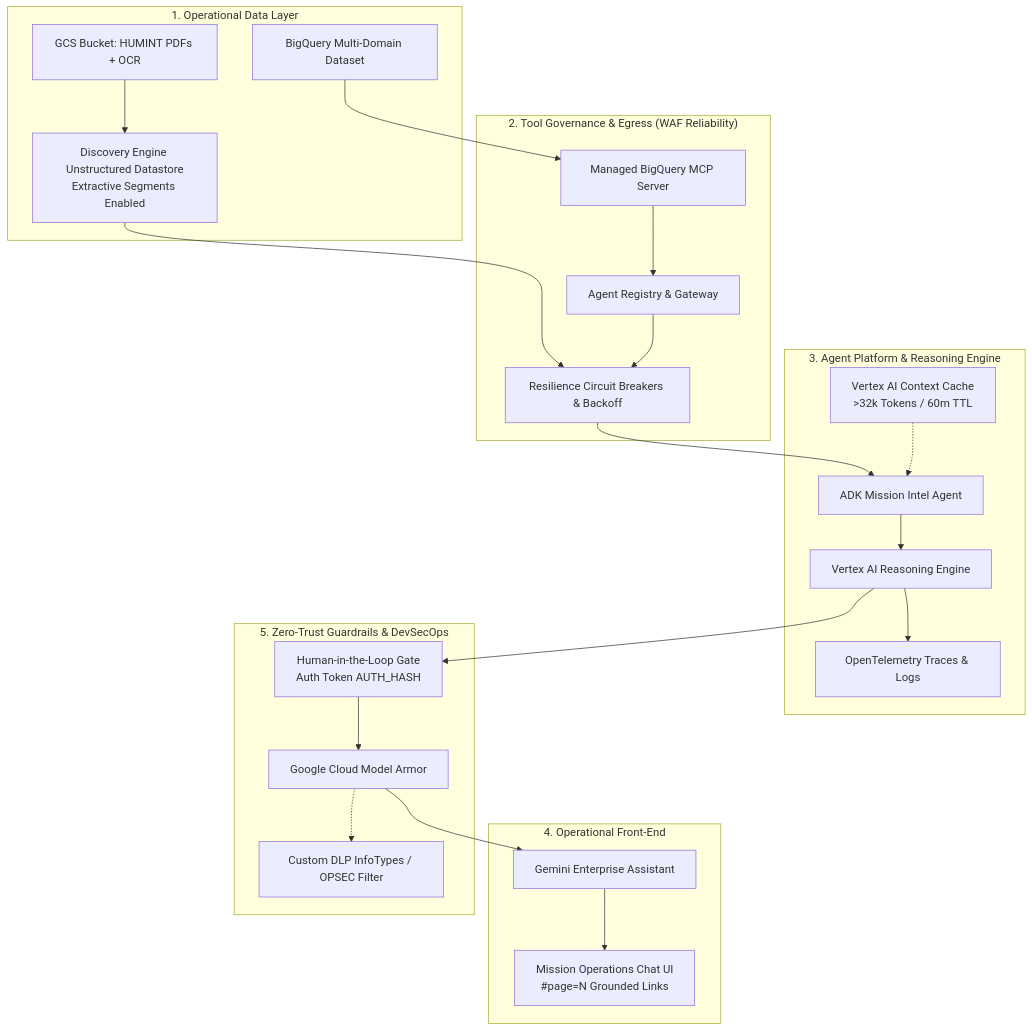
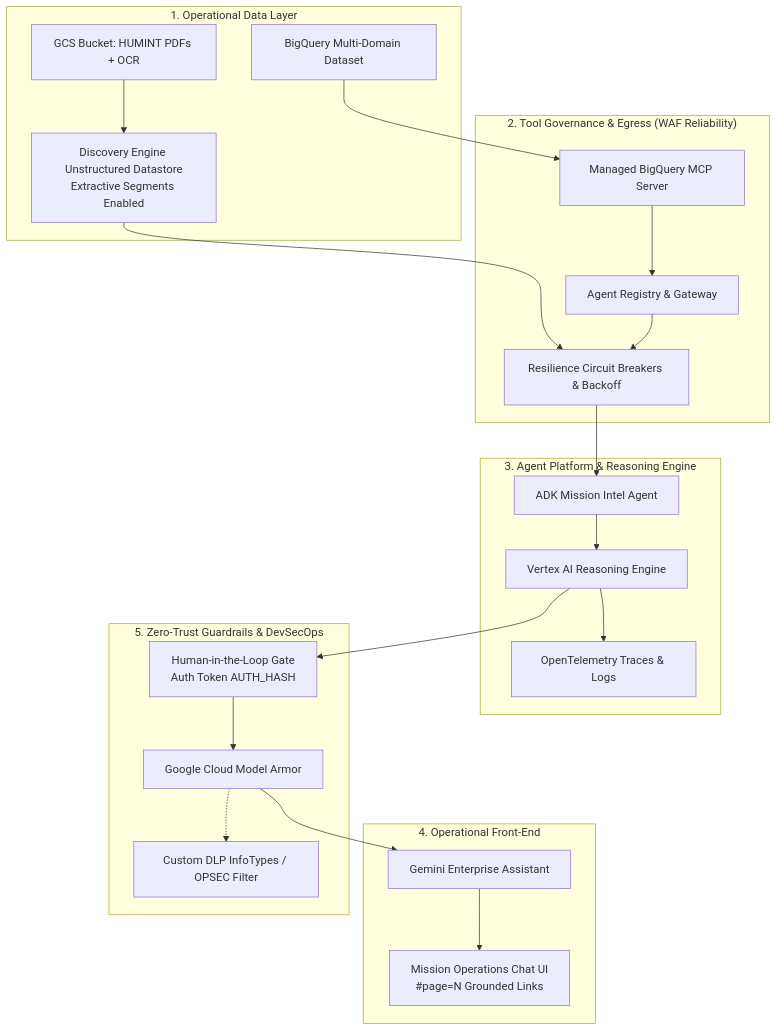
The diagram in README.md (edwardsda-prog/Intelligence-Agent), drawn with Mermaid before and after one commit. The commit also changed other lines of this file and 21 other files, not shown here.

````diff
--- a/README.md
+++ b/README.md
@@ -27,47 +27,45 @@
 ```mermaid
 flowchart TD
     subgraph Data["1. Operational Data Layer"]
         BQ[BigQuery Multi-Domain Dataset]
         DE[Discovery Engine Unstructured Datastore\nExtractive Segments Enabled]
         GCS[GCS Bucket: HUMINT PDFs + OCR]
     end
 
     subgraph Governance["2. Tool Governance & Egress (WAF Reliability)"]
         MCP[Managed BigQuery MCP Server]
         AR[Agent Registry & Gateway]
         CB[Resilience Circuit Breakers & Backoff]
     end
 
     subgraph Runtime["3. Agent Platform & Reasoning Engine"]
         ADK[ADK Mission Intel Agent]
         RE[Vertex AI Reasoning Engine]
-        CC[Vertex AI Context Cache\n>32k Tokens / 60m TTL]
         OTEL[OpenTelemetry Traces & Logs]
     end
 
     subgraph Interface["4. Operational Front-End"]
         GE[Gemini Enterprise Assistant]
         UI[Mission Operations Chat UI\n#page=N Grounded Links]
     end
 
     subgraph Security["5. Zero-Trust Guardrails & DevSecOps"]
         HITL[Human-in-the-Loop Gate\nAuth Token AUTH_HASH]
         MA[Google Cloud Model Armor]
         DLP[Custom DLP InfoTypes / OPSEC Filter]
     end
 
     GCS --> DE
     BQ --> MCP
     DE --> CB
     MCP --> AR
     AR --> CB
     CB --> ADK
-    CC -.-> ADK
     ADK --> RE
     RE --> OTEL
     RE --> HITL
     HITL --> MA
     MA -.-> DLP
     MA --> GE
     GE --> UI
 ```
````
